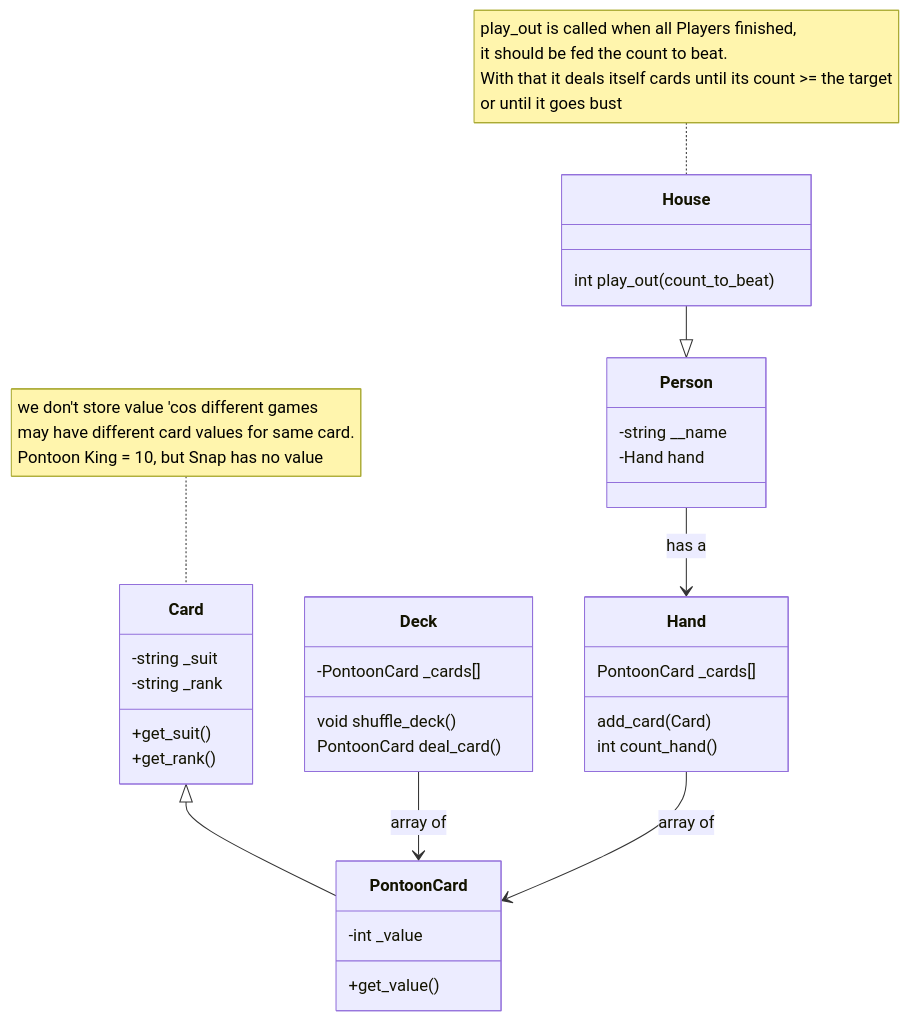
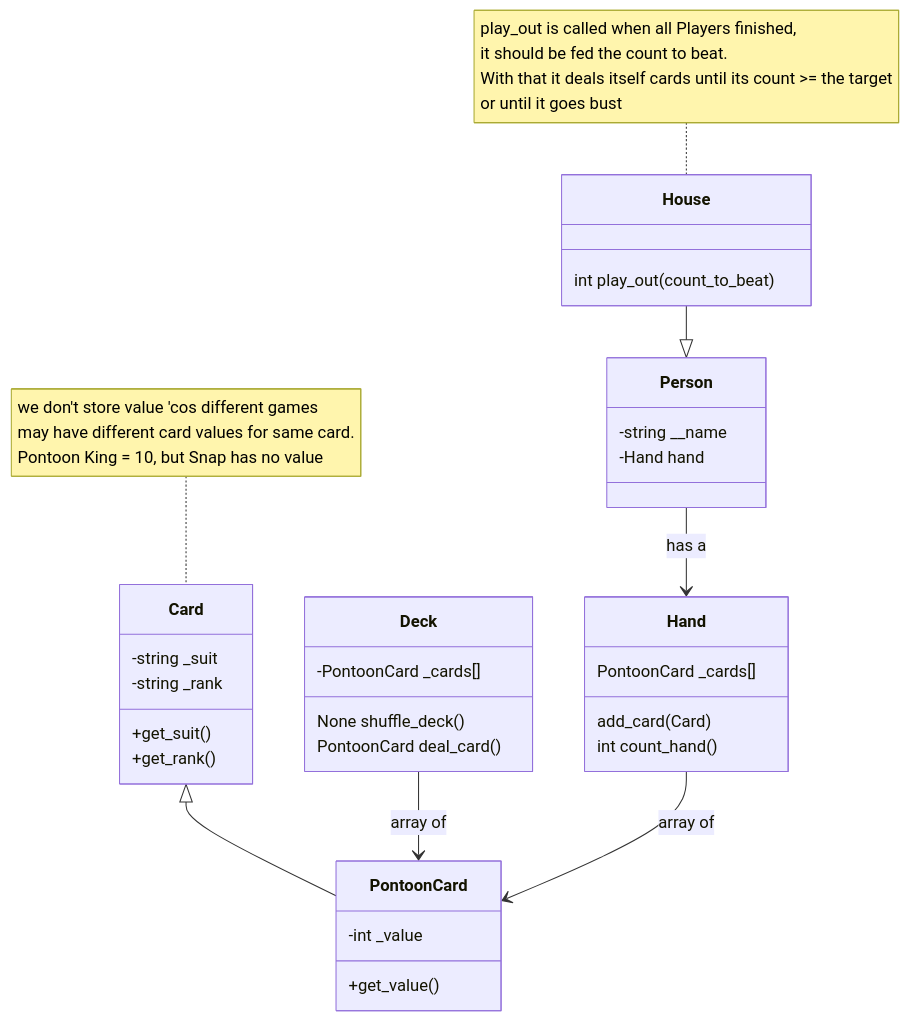
Before and after one commit to godziller/pontoon: the diagram in README.md, drawn with Mermaid.

Commit message:
minor edit

````diff
--- a/README.md
+++ b/README.md
@@ -17,48 +17,48 @@
 ```mermaid
 
 classDiagram
     Card <|-- PontoonCard
     Deck --> PontoonCard: array of
     Hand --> PontoonCard: array of
     Person --> Hand: has a
     House --|> Person
     note for Card "we don't store value 'cos different games
         may have different card values for same card.
         Pontoon King = 10, but Snap has no value"
         
     note for House "play_out is called when all Players finished,
     it should be fed the count to beat.
     With that it deals itself cards until its count >= the target
     or until it goes bust"    
     class Card{
         -string _suit
         -string _rank
         +get_suit()
         +get_rank()
     }
     class PontoonCard{
         -int _value
 
         +get_value()
     }
     class Deck{
     -PontoonCard _cards[]
-    void shuffle_deck()
+    None shuffle_deck()
     PontoonCard deal_card()
     }
     class Hand{
         PontoonCard _cards[]
         add_card(Card)
         int count_hand()
     }
     class Person{
         -string __name
         -Hand hand
     }
     class House{
         int play_out(count_to_beat)
         
     }
     
 
 ```
````
